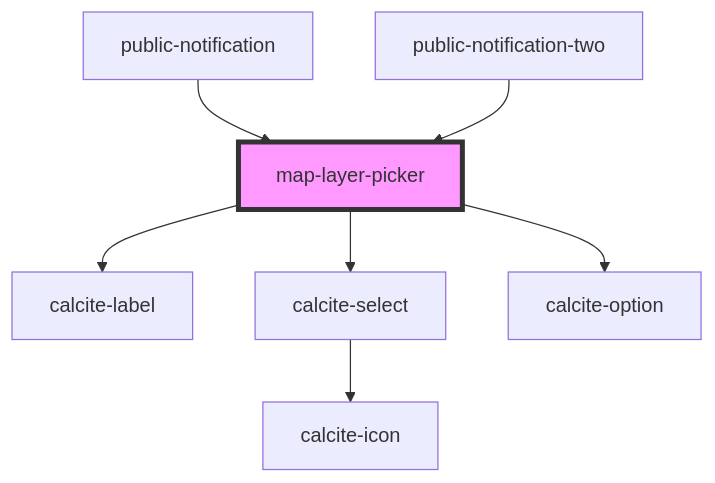
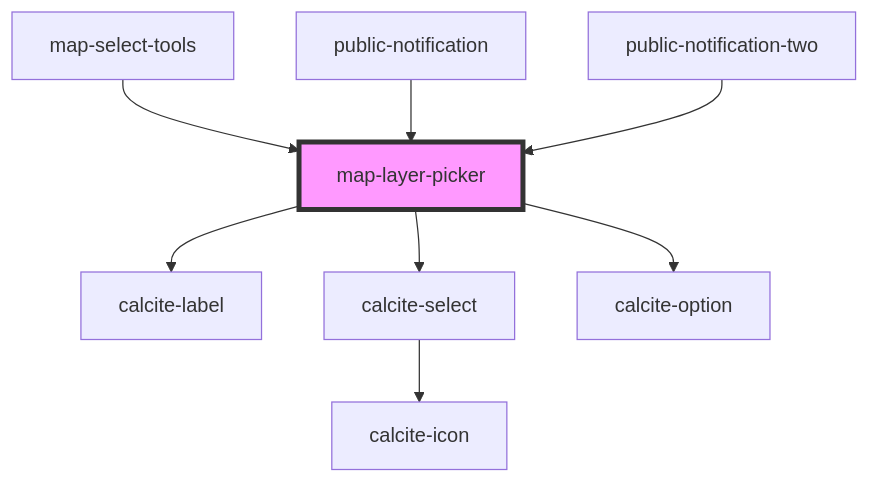
The diagram in src/components/map-layer-picker/readme.md (Esri/solutions-components), drawn with Mermaid before and after one commit. The commit also changed other lines of this file and 8 other files, not shown here.

Commit message:
updates for map select

````diff
--- a/src/components/map-layer-picker/readme.md
+++ b/src/components/map-layer-picker/readme.md
@@ -38,10 +39,11 @@
 ```mermaid
 graph TD;
   map-layer-picker --> calcite-label
   map-layer-picker --> calcite-select
   map-layer-picker --> calcite-option
   calcite-select --> calcite-icon
+  map-select-tools --> map-layer-picker
   public-notification --> map-layer-picker
   public-notification-two --> map-layer-picker
   style map-layer-picker fill:#f9f,stroke:#333,stroke-width:4px
 ```
````
